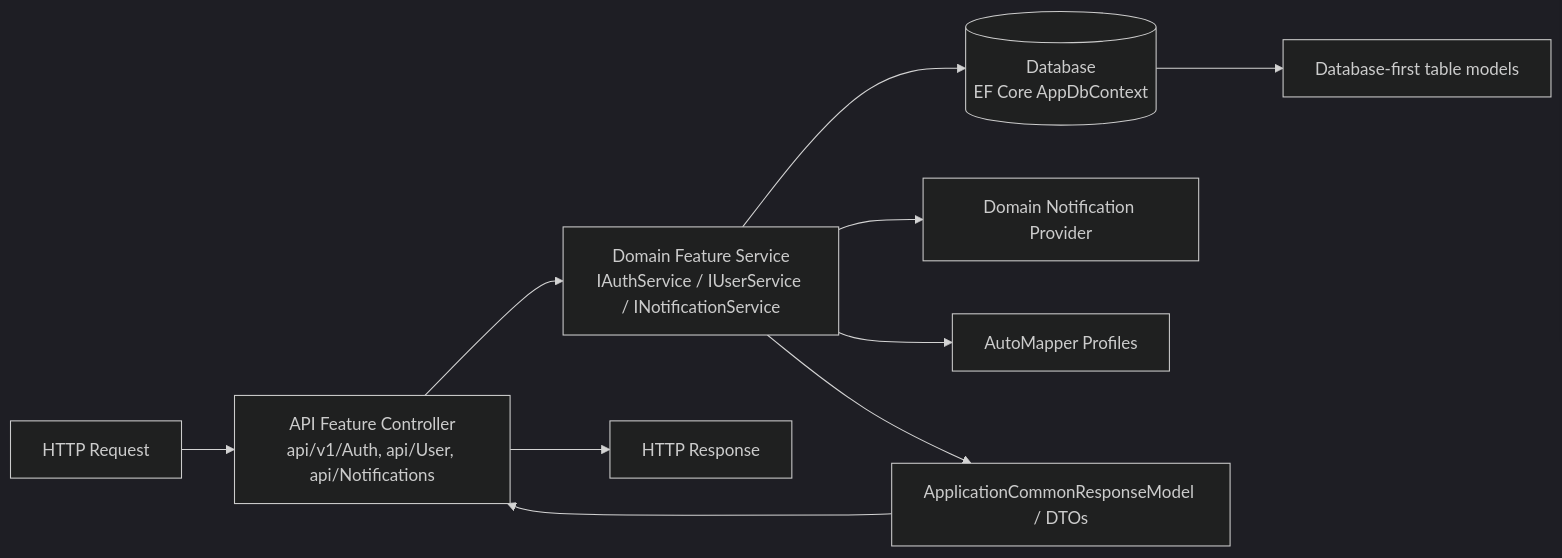
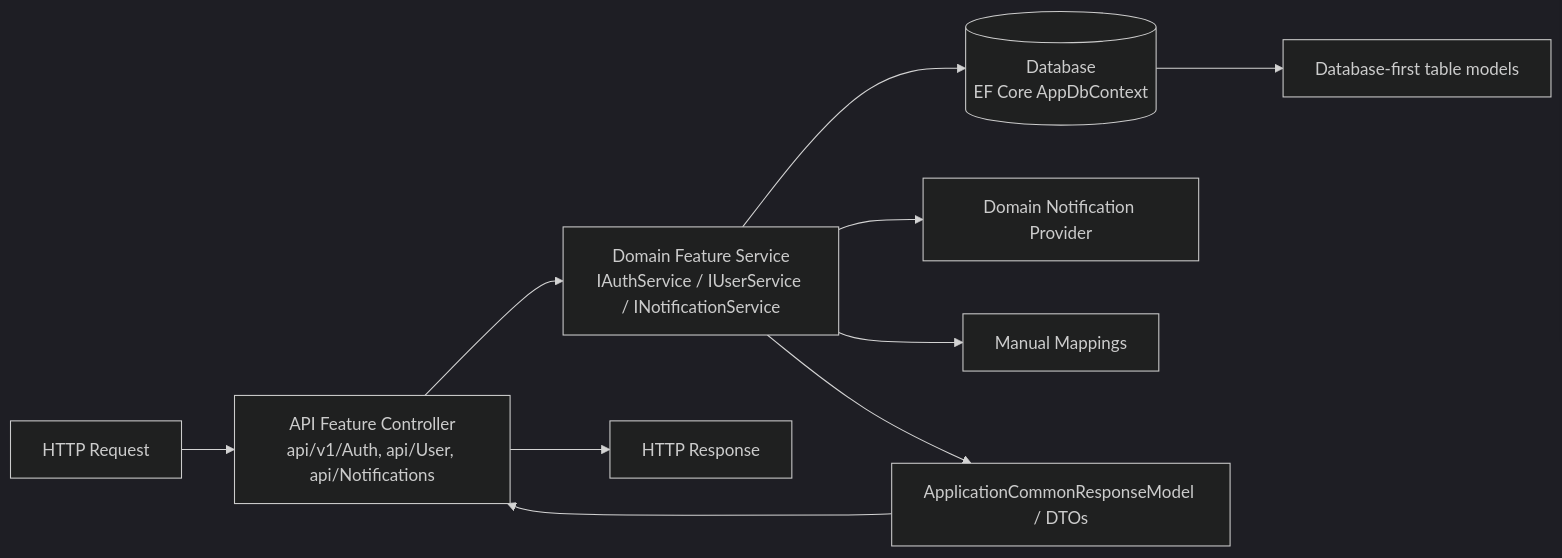
The diagram in README.md (one-project-one-month/opom-hsum-chaint-csharp), drawn with Mermaid (dark theme) before and after one commit. The commit also changed 9 other files, not shown here.

Commit message:
refactor(domain): replace AutoMapper with manual mapping in User and Notification features

````diff
--- a/README.md
+++ b/README.md
@@ -51,11 +51,11 @@
 ```mermaid
 flowchart LR
   Request["HTTP Request"] --> Controllers["API Feature Controller<br/>api/v1/Auth, api/User, api/Notifications"]
   Controllers --> Service["Domain Feature Service<br/>IAuthService / IUserService / INotificationService"]
   Service --> Db[(Database<br/>EF Core AppDbContext)]
   Db --> Models["Database-first table models"]
   Service --> Provider["Domain Notification Provider"]
-  Service --> Mapper["AutoMapper Profiles"]
+  Service --> Mapper["Manual Mappings"]
   Service --> Response["ApplicationCommonResponseModel / DTOs"]
   Response --> Controllers --> Result["HTTP Response"]
 ```
````
